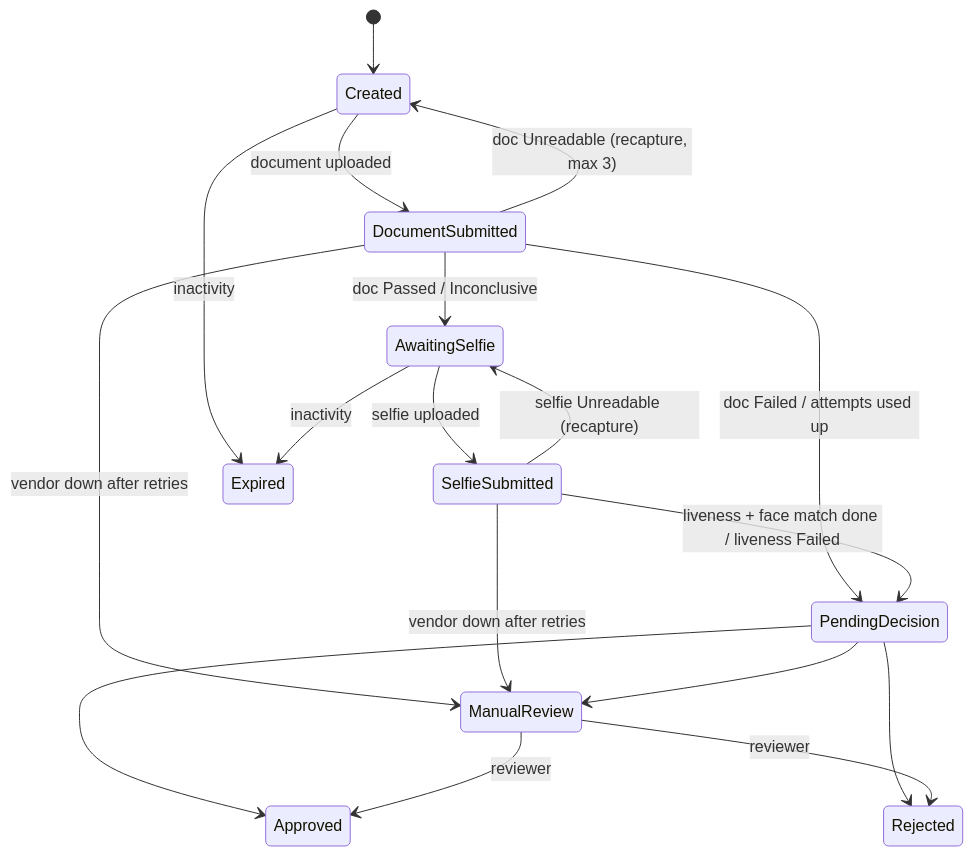
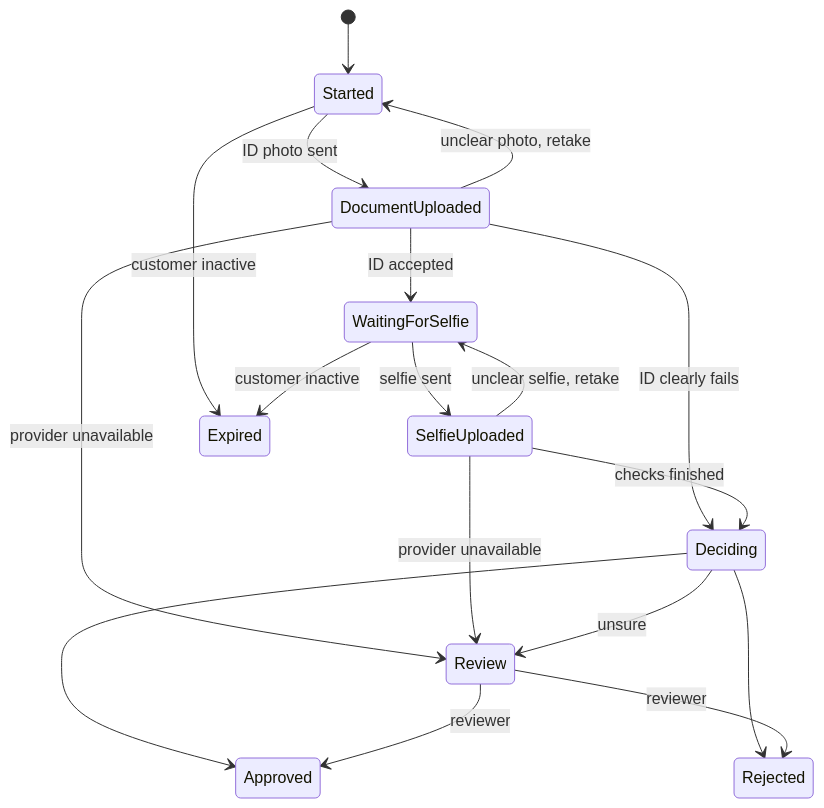
The second of 2 diagrams in docs/ARCHITECTURE.md (MSolarMP/mock-kyc-backend), drawn with Mermaid before and after one commit. The commit also changed other lines of this file and 8 other files, not shown here.

````diff
--- a/docs/ARCHITECTURE.md
+++ b/docs/ARCHITECTURE.md
@@ -82,20 +74,20 @@
 ```mermaid
 stateDiagram-v2
-    [*] --> Created
-    Created --> DocumentSubmitted: document uploaded
-    DocumentSubmitted --> AwaitingSelfie: doc Passed / Inconclusive
-    DocumentSubmitted --> Created: doc Unreadable (recapture, max 3)
-    DocumentSubmitted --> PendingDecision: doc Failed / attempts used up
-    AwaitingSelfie --> SelfieSubmitted: selfie uploaded
-    SelfieSubmitted --> AwaitingSelfie: selfie Unreadable (recapture)
-    SelfieSubmitted --> PendingDecision: liveness + face match done / liveness Failed
-    DocumentSubmitted --> ManualReview: vendor down after retries
-    SelfieSubmitted --> ManualReview: vendor down after retries
-    PendingDecision --> Approved
-    PendingDecision --> Rejected
-    PendingDecision --> ManualReview
-    ManualReview --> Approved: reviewer
-    ManualReview --> Rejected: reviewer
-    Created --> Expired: inactivity
-    AwaitingSelfie --> Expired: inactivity
+    [*] --> Started
+    Started --> DocumentUploaded: ID photo sent
+    DocumentUploaded --> Started: unclear photo, retake
+    DocumentUploaded --> WaitingForSelfie: ID accepted
+    WaitingForSelfie --> SelfieUploaded: selfie sent
+    SelfieUploaded --> WaitingForSelfie: unclear selfie, retake
+    DocumentUploaded --> Deciding: ID clearly fails
+    SelfieUploaded --> Deciding: checks finished
+    DocumentUploaded --> Review: provider unavailable
+    SelfieUploaded --> Review: provider unavailable
+    Deciding --> Approved
+    Deciding --> Rejected
+    Deciding --> Review: unsure
+    Review --> Approved: reviewer
+    Review --> Rejected: reviewer
+    Started --> Expired: customer inactive
+    WaitingForSelfie --> Expired: customer inactive
 ```
````
